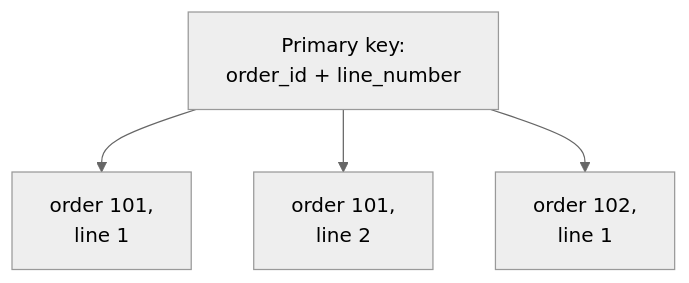
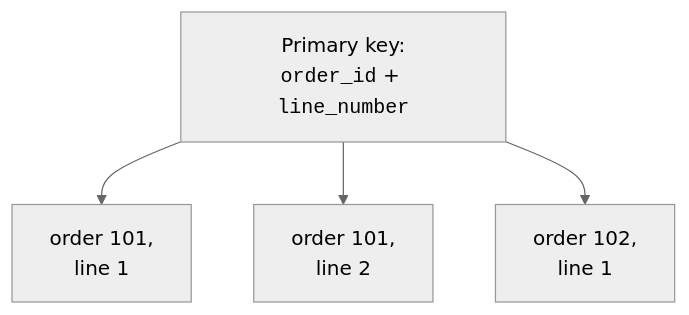
The fourth of 5 diagrams in content/learn/database-design-postgresql/reading-er-diagrams.mdx (dataslope/dataslope), drawn with Mermaid (neutral theme) before and after one commit. The commit also changed other lines of this file and 153 other files, not shown here.

First line of the commit message:
Render code-only mermaid shapes in monospace; convert step sequences to Steps

````diff
--- a/content/learn/database-design-postgresql/reading-er-diagrams.mdx
+++ b/content/learn/database-design-postgresql/reading-er-diagrams.mdx
@@ -180,6 +180,6 @@
 ```mermaid
 flowchart TB
-    Key["Primary key:<br/>order_id + line_number"] --> Row1["order 101,<br/>line 1"]
+    Key["Primary key:<br/><code>order_id</code> + <code>line_number</code>"] --> Row1["order 101,<br/>line 1"]
     Key --> Row2["order 101,<br/>line 2"]
     Key --> Row3["order 102,<br/>line 1"]
 ```
````
